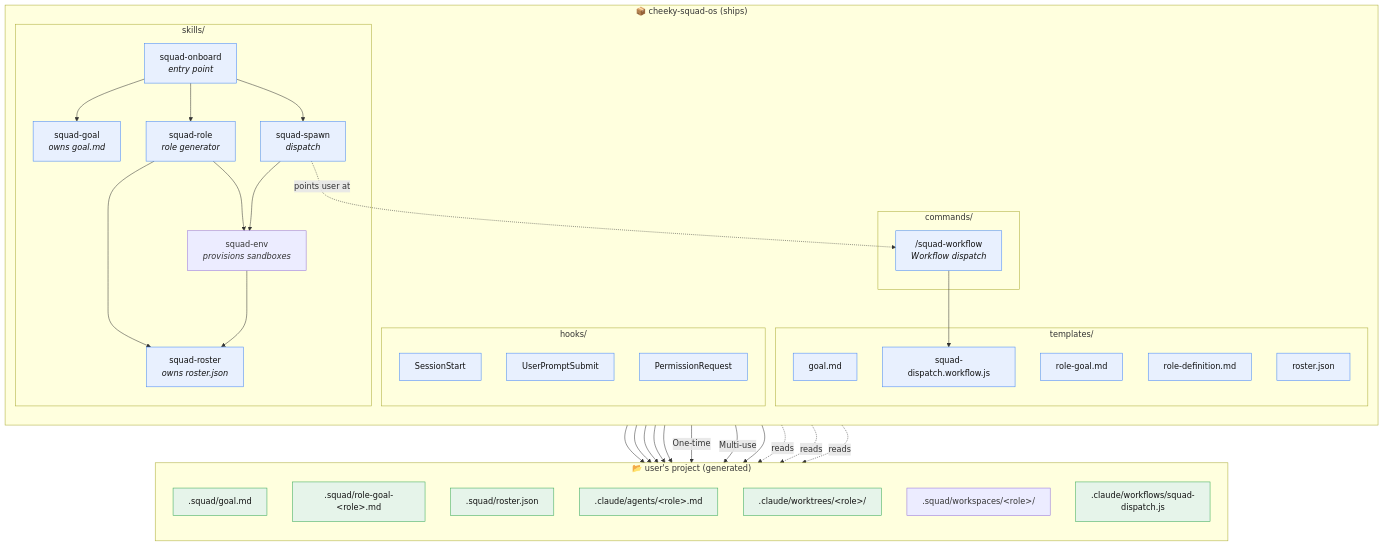
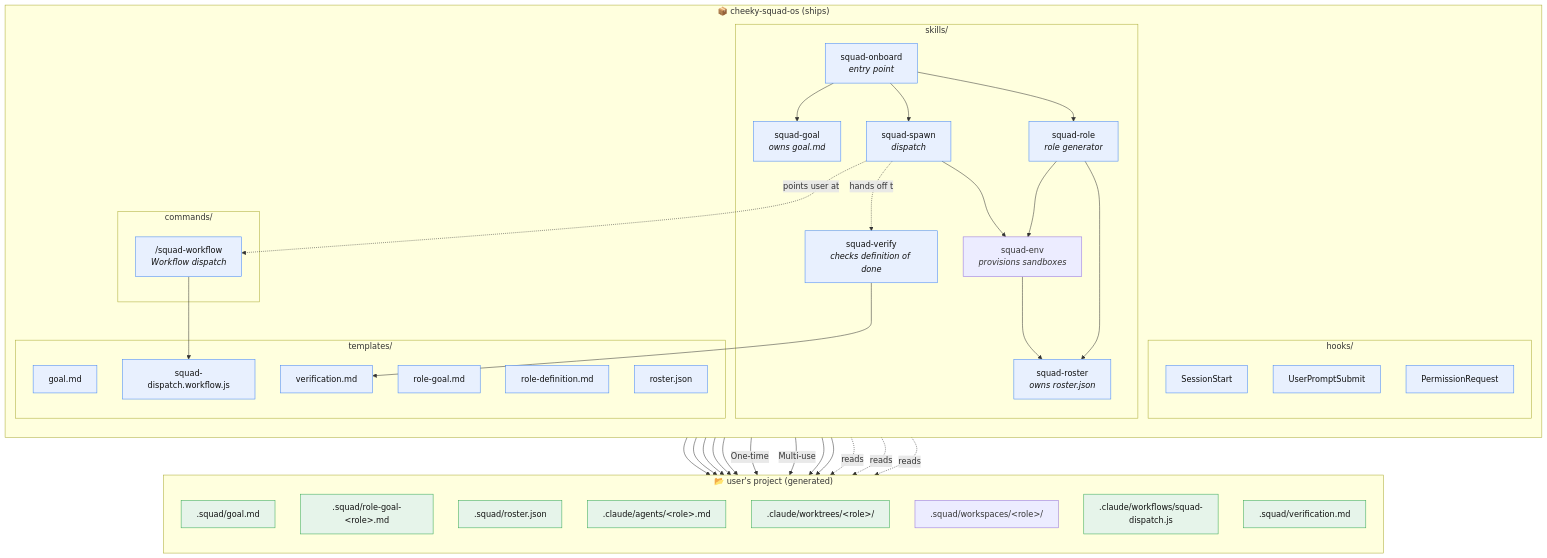
The first of 11 diagrams in LOGIC.md (cheeky-amit/cheeky-squad-os), drawn with Mermaid before and after one commit. The commit also changed other lines of this file and 24 other files, not shown here.

First line of the commit message:
feat: squad-verify — supervision loop, glob hardening, docs truth sync (0.2.0) (#7)

````diff
--- a/LOGIC.md
+++ b/LOGIC.md
@@ -19,65 +19,71 @@
 ```mermaid
 flowchart TB
     subgraph PLUGIN["📦 cheeky-squad-os (ships)"]
         direction TB
         subgraph SKILLS["skills/"]
             ONB["squad-onboard<br/><i>entry point</i>"]
             GOAL["squad-goal<br/><i>owns goal.md</i>"]
             ROLE["squad-role<br/><i>role generator</i>"]
             ENV["squad-env<br/><i>provisions sandboxes</i>"]
             ROST["squad-roster<br/><i>owns roster.json</i>"]
             SPAWN["squad-spawn<br/><i>dispatch</i>"]
+            VER["squad-verify<br/><i>checks definition of done</i>"]
         end
         subgraph CMDS["commands/"]
             WF["/squad-workflow<br/><i>Workflow dispatch</i>"]
         end
         subgraph HOOKS["hooks/"]
             H1["SessionStart"]
             H2["UserPromptSubmit"]
             H3["PermissionRequest"]
         end
         subgraph TPL["templates/"]
             T1["goal.md"]
             T2["role-goal.md"]
             T3["role-definition.md"]
             T4["roster.json"]
             T5["squad-dispatch.workflow.js"]
+            T6["verification.md"]
         end
     end
 
     subgraph PROJECT["📂 user's project (generated)"]
         direction TB
         GMD[".squad/goal.md"]
         RGMD[".squad/role-goal-&lt;role&gt;.md"]
         RJSON[".squad/roster.json"]
         AGENTS[".claude/agents/&lt;role&gt;.md"]
         WT[".claude/worktrees/&lt;role&gt;/"]
         WS[".squad/workspaces/&lt;role&gt;/"]
         WFJS[".claude/workflows/squad-dispatch.js"]
+        VMD[".squad/verification.md"]
     end
 
     ONB --> GOAL --> GMD
     ONB --> ROLE
     ROLE --> AGENTS
     ROLE --> RGMD
     ROLE --> ROST --> RJSON
     ROLE --> ENV
     ENV --> WS
     ENV --> ROST
     ONB --> SPAWN
     SPAWN --> ENV
     SPAWN -->|One-time| AGENTS
     SPAWN -->|Multi-use| WT
     SPAWN -.points user at.-> WF
     WF --> WFJS
     WF --> T5
+    SPAWN -.hands off to.-> VER
+    VER --> VMD
+    VER --> T6
 
     H1 -.reads.-> GMD
     H2 -.reads.-> GMD
     H3 -.reads.-> RJSON
 
     classDef ship fill:#e8f0fe,stroke:#4285f4,color:#111;
     classDef gen fill:#e6f4ea,stroke:#34a853,color:#111;
-    class ONB,GOAL,ROLE,ROST,SPAWN,WF,H1,H2,H3,T1,T2,T3,T4,T5 ship;
-    class GMD,RGMD,RJSON,AGENTS,WT,WFJS gen;
+    class ONB,GOAL,ROLE,ROST,SPAWN,VER,WF,H1,H2,H3,T1,T2,T3,T4,T5,T6 ship;
+    class GMD,RGMD,RJSON,AGENTS,WT,WFJS,VMD gen;
 ```
````
